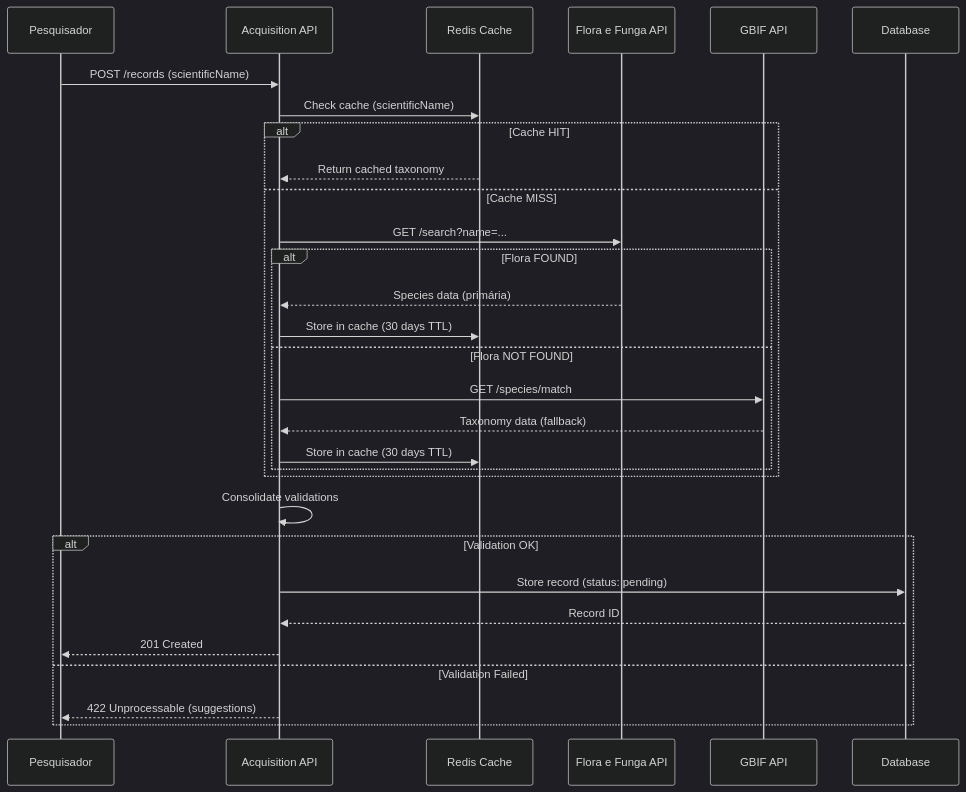
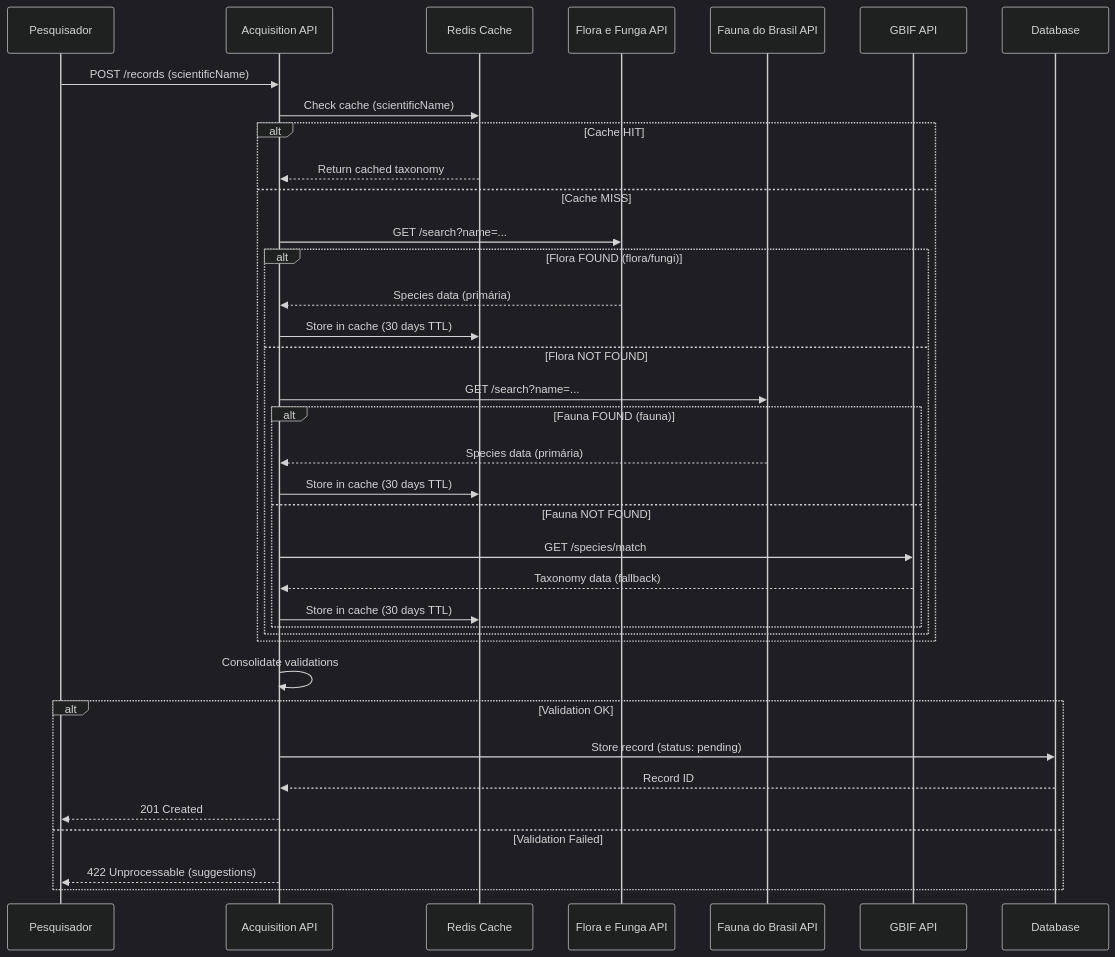
The diagram in docs/diagrams/integration-patterns.md (edalcin/etnoArquitetura), drawn with Mermaid (dark theme) before and after one commit. The commit also changed other lines of this file and 4 other files, not shown here.

````diff
--- a/docs/diagrams/integration-patterns.md
+++ b/docs/diagrams/integration-patterns.md
@@ -684,37 +784,45 @@
 ```mermaid
 sequenceDiagram
     participant User as Pesquisador
     participant API as Acquisition API
     participant Cache as Redis Cache
     participant Flora as Flora e Funga API
+    participant Fauna as Fauna do Brasil API
     participant GBIF as GBIF API
     participant DB as Database
 
     User->>API: POST /records (scientificName)
     API->>Cache: Check cache (scientificName)
 
     alt Cache HIT
         Cache-->>API: Return cached taxonomy
     else Cache MISS
         API->>Flora: GET /search?name=...
 
-        alt Flora FOUND
+        alt Flora FOUND (flora/fungi)
             Flora-->>API: Species data (primária)
             API->>Cache: Store in cache (30 days TTL)
         else Flora NOT FOUND
-            API->>GBIF: GET /species/match
-            GBIF-->>API: Taxonomy data (fallback)
-            API->>Cache: Store in cache (30 days TTL)
+            API->>Fauna: GET /search?name=...
+
+            alt Fauna FOUND (fauna)
+                Fauna-->>API: Species data (primária)
+                API->>Cache: Store in cache (30 days TTL)
+            else Fauna NOT FOUND
+                API->>GBIF: GET /species/match
+                GBIF-->>API: Taxonomy data (fallback)
+                API->>Cache: Store in cache (30 days TTL)
+            end
         end
     end
 
     API->>API: Consolidate validations
 
     alt Validation OK
         API->>DB: Store record (status: pending)
         DB-->>API: Record ID
         API-->>User: 201 Created
     else Validation Failed
         API-->>User: 422 Unprocessable (suggestions)
     end
 ```
````
